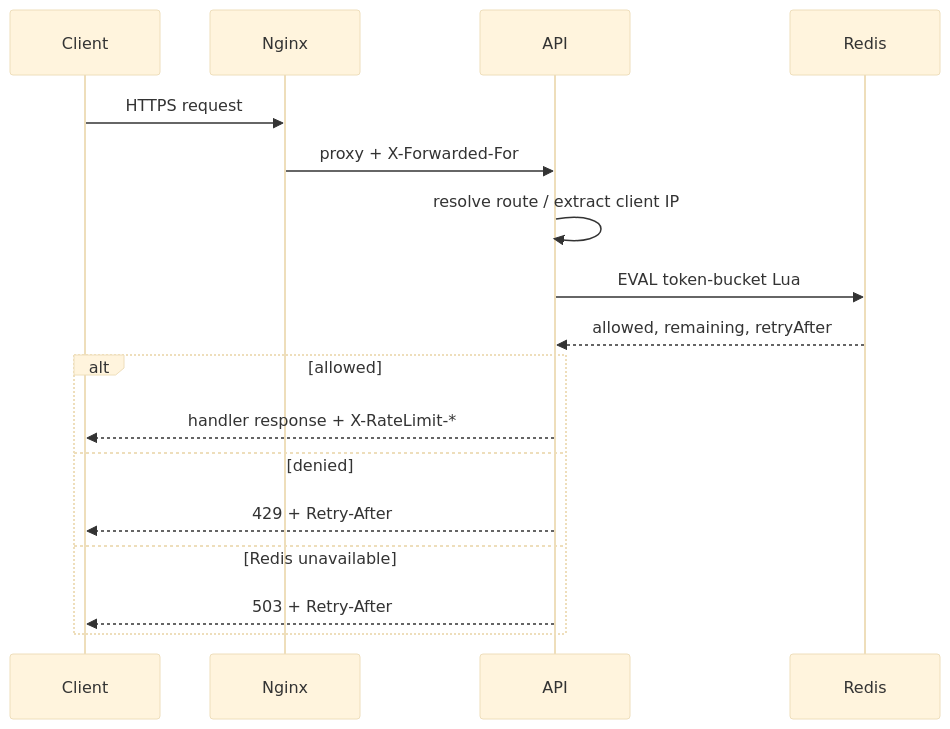
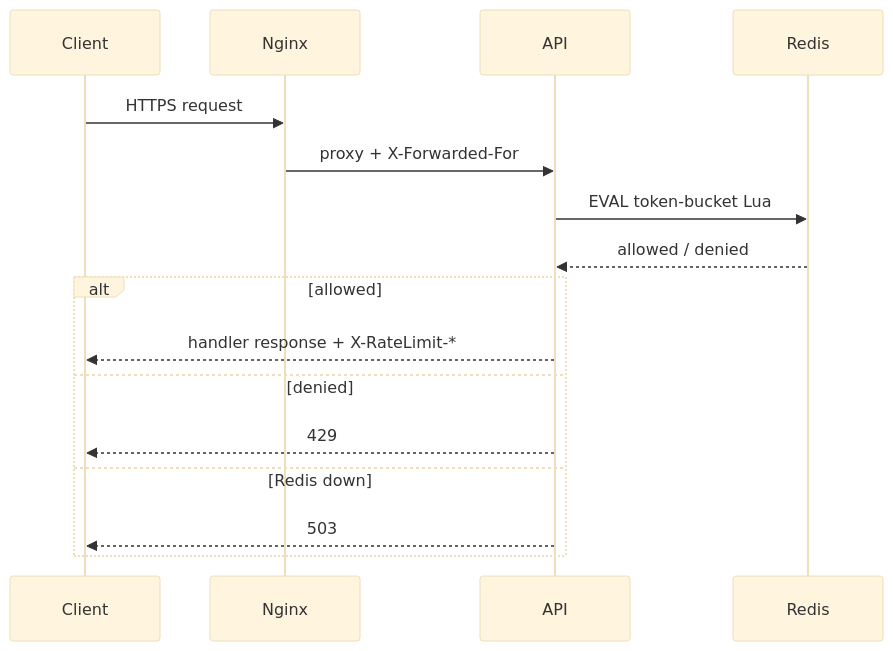
The second of 5 diagrams in README.md (gerimujo496/rate-limiter), drawn with Mermaid (base theme) before and after one commit. The commit also changed other lines of this file, not shown here.

````diff
--- a/README.md
+++ b/README.md
@@ -435,20 +104,19 @@
 ```mermaid
 sequenceDiagram
     participant Client
     participant Nginx
     participant API
     participant Redis
 
     Client->>Nginx: HTTPS request
     Nginx->>API: proxy + X-Forwarded-For
-    API->>API: resolve route / extract client IP
     API->>Redis: EVAL token-bucket Lua
-    Redis-->>API: allowed, remaining, retryAfter
+    Redis-->>API: allowed / denied
     alt allowed
         API-->>Client: handler response + X-RateLimit-*
     else denied
-        API-->>Client: 429 + Retry-After
-    else Redis unavailable
-        API-->>Client: 503 + Retry-After
+        API-->>Client: 429
+    else Redis down
+        API-->>Client: 503
     end
 ```
````
